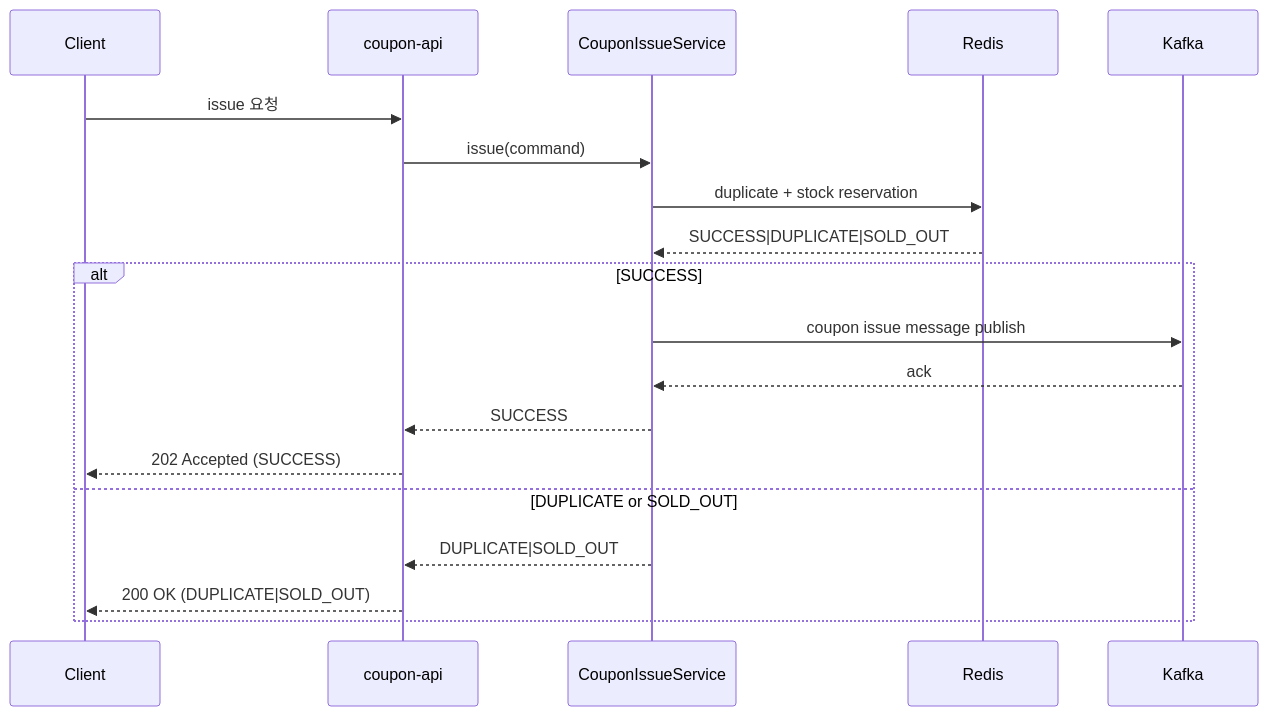
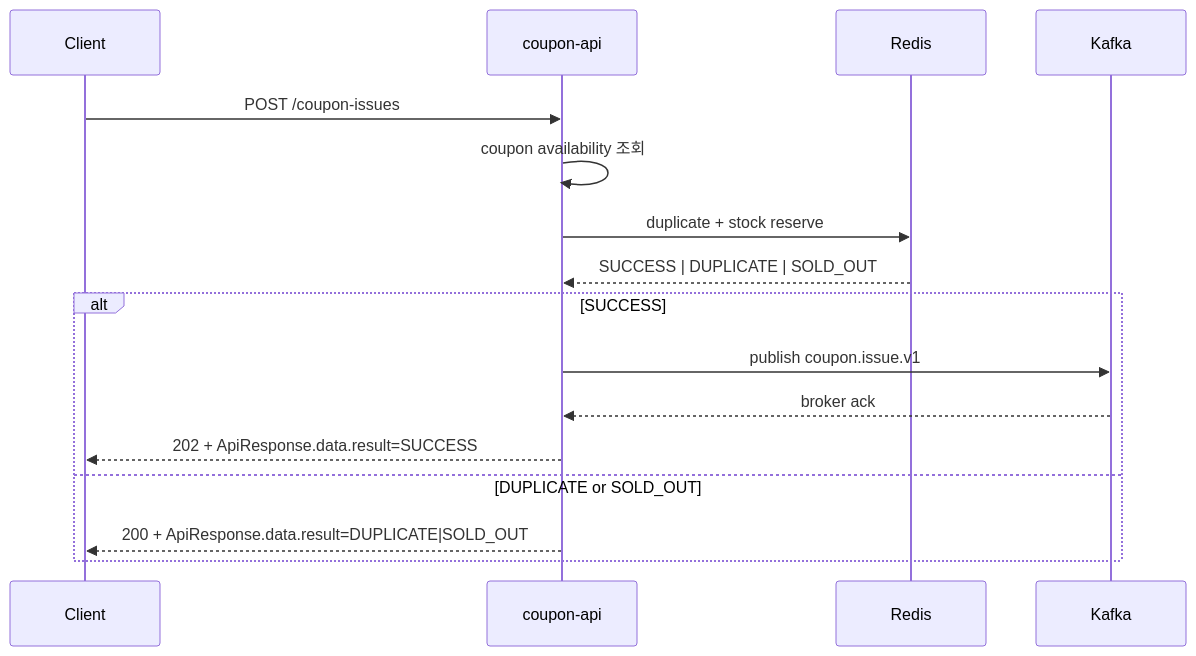
One commit to char-labs/coupon-system-design-kt changed the second of 4 diagrams in coupon/coupon-worker/docs/coupon-kafka-runtime-guide.md. Above: the diagram before and after it, drawn with Mermaid. The commit also changed other lines of this file and 12 other files, not shown here.

Commit message:
[Docs] Refresh Kafka and load-test guides for the current issue flow

````diff
--- a/coupon/coupon-worker/docs/coupon-kafka-runtime-guide.md
+++ b/coupon/coupon-worker/docs/coupon-kafka-runtime-guide.md
@@ -238,22 +137,20 @@
 ```mermaid
 sequenceDiagram
     participant Client
     participant API as coupon-api
-    participant Issue as CouponIssueService
-    participant Redis as Redis
-    participant Kafka as Kafka
+    participant Redis
+    participant Kafka
 
-    Client->>API: issue 요청
-    API->>Issue: issue(command)
-    Issue->>Redis: duplicate + stock reservation
-    Redis-->>Issue: SUCCESS|DUPLICATE|SOLD_OUT
+    Client->>API: POST /coupon-issues
+    API->>API: coupon availability 조회
+    API->>Redis: duplicate + stock reserve
+    Redis-->>API: SUCCESS | DUPLICATE | SOLD_OUT
+
     alt SUCCESS
-    Issue->>Kafka: coupon issue message publish
-    Kafka-->>Issue: ack
-    Issue-->>API: SUCCESS
-    API-->>Client: 202 Accepted (SUCCESS)
+        API->>Kafka: publish coupon.issue.v1
+        Kafka-->>API: broker ack
+        API-->>Client: 202 + ApiResponse.data.result=SUCCESS
     else DUPLICATE or SOLD_OUT
-    Issue-->>API: DUPLICATE|SOLD_OUT
-    API-->>Client: 200 OK (DUPLICATE|SOLD_OUT)
+        API-->>Client: 200 + ApiResponse.data.result=DUPLICATE|SOLD_OUT
     end
 ```
````
